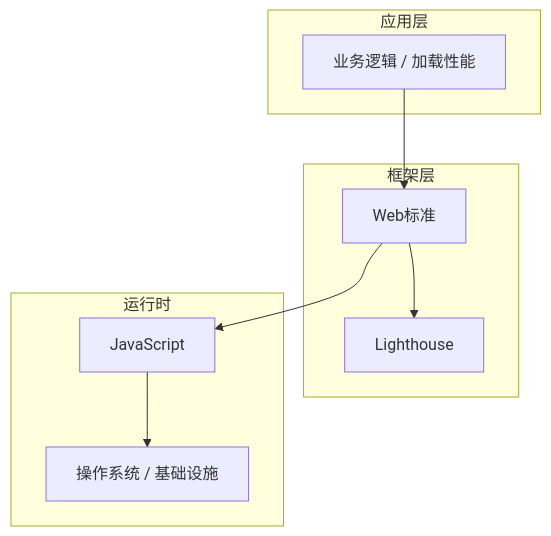
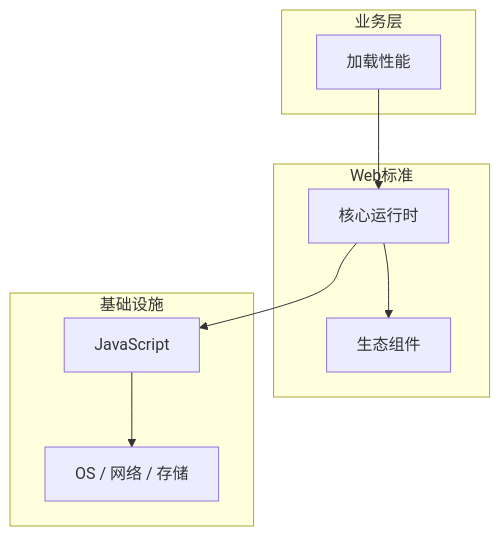
The diagram in articles/Web性能优化/chapters/007-加载性能核心概念与原理.md (yanggan2015/knowledge-json-v2), drawn with Mermaid before and after one commit. The commit also changed other lines of this file and 10127 other files, not shown here.

````diff
--- a/articles/Web性能优化/chapters/007-加载性能核心概念与原理.md
+++ b/articles/Web性能优化/chapters/007-加载性能核心概念与原理.md
@@ -45,18 +34,18 @@
 ```mermaid
 graph TB
-    subgraph 应用层
-        A[业务逻辑 / 加载性能]
+    subgraph 业务层
+        A[加载性能]
     end
-    subgraph 框架层
-        B[Web标准]
-        C[Lighthouse]
+    subgraph Web标准
+        B[核心运行时]
+        C[生态组件]
     end
-    subgraph 运行时
+    subgraph 基础设施
         D[JavaScript]
-        E[操作系统 / 基础设施]
+        E[OS / 网络 / 存储]
     end
     A --> B
     B --> C
     B --> D
     D --> E
 ```
````
